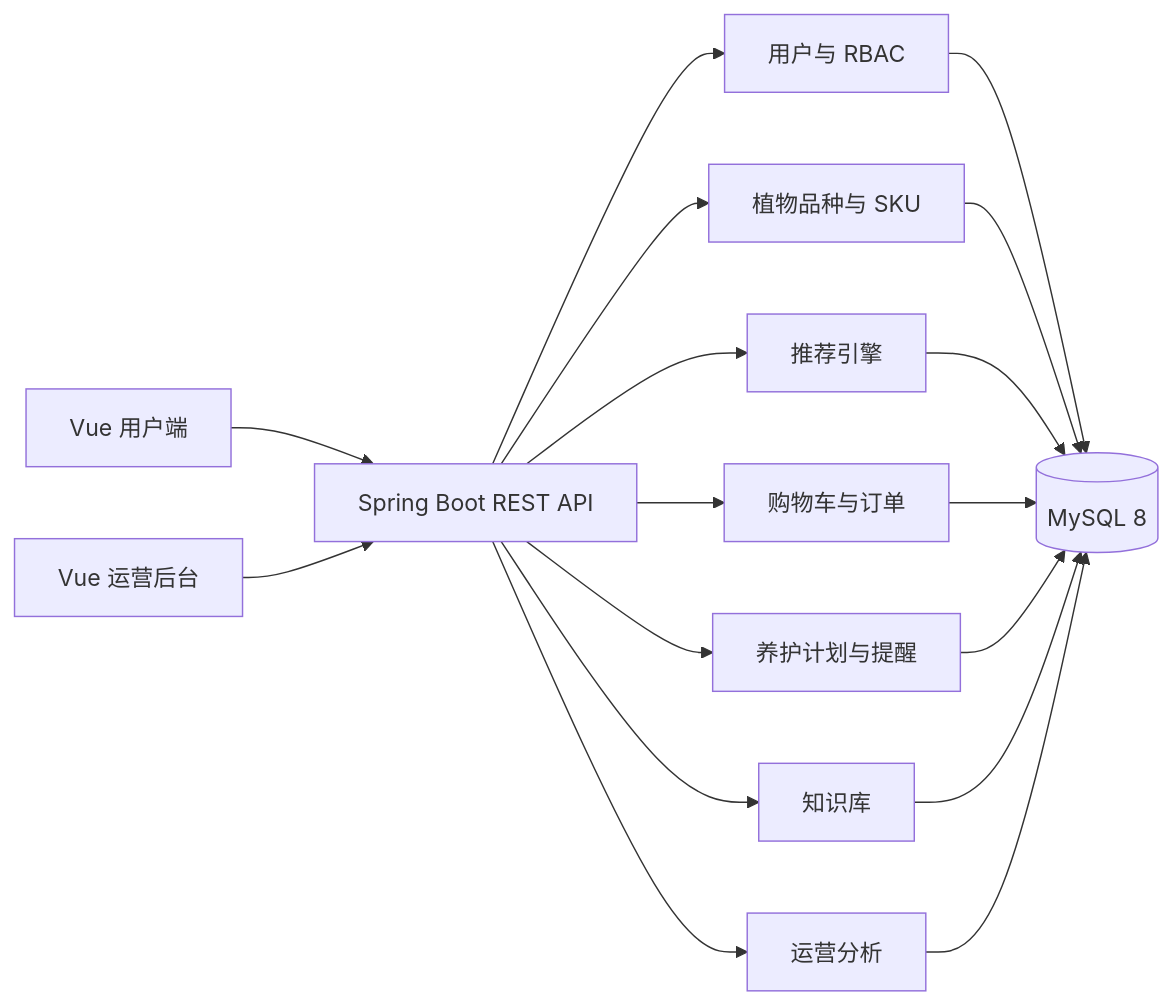
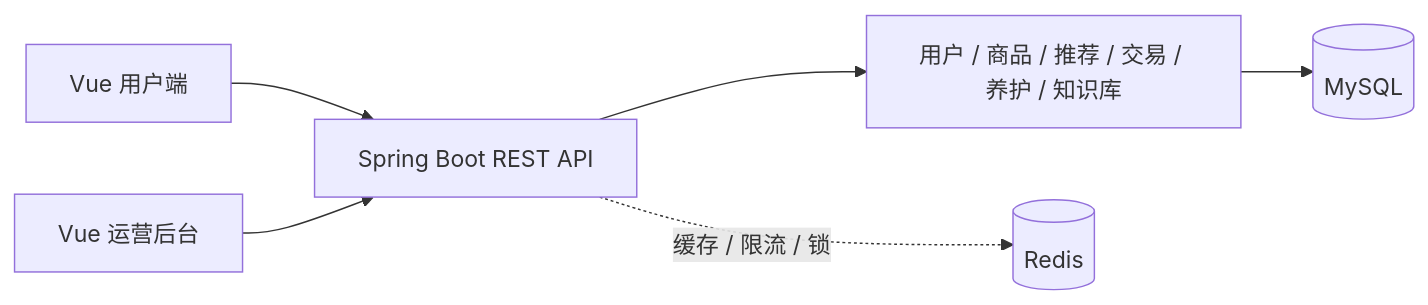
The diagram in README.md (LoftyTao0622/FlowerKissTao), drawn with Mermaid before and after one commit. The commit also changed other lines of this file and 51 other files, not shown here.

````diff
--- a/README.md
+++ b/README.md
@@ -54,13 +32,8 @@
 ```mermaid
 flowchart LR
-    U[Vue 用户端] --> API[Spring Boot REST API]
-    A[Vue 运营后台] --> API
-    API --> AUTH[用户与 RBAC]
-    API --> CATALOG[植物品种与 SKU]
-    API --> REC[推荐引擎]
-    API --> TRADE[购物车与订单]
-    API --> CARE[养护计划与提醒]
-    API --> KNOW[知识库]
-    API --> OPS[运营分析]
-    AUTH & CATALOG & REC & TRADE & CARE & KNOW & OPS --> DB[(MySQL 8)]
+    Web[Vue 用户端] --> API[Spring Boot REST API]
+    Admin[Vue 运营后台] --> API
+    API --> Domain[用户 / 商品 / 推荐 / 交易 / 养护 / 知识库]
+    Domain --> MySQL[(MySQL)]
+    API -. 缓存 / 限流 / 锁 .-> Redis[(Redis)]
 ```
````
